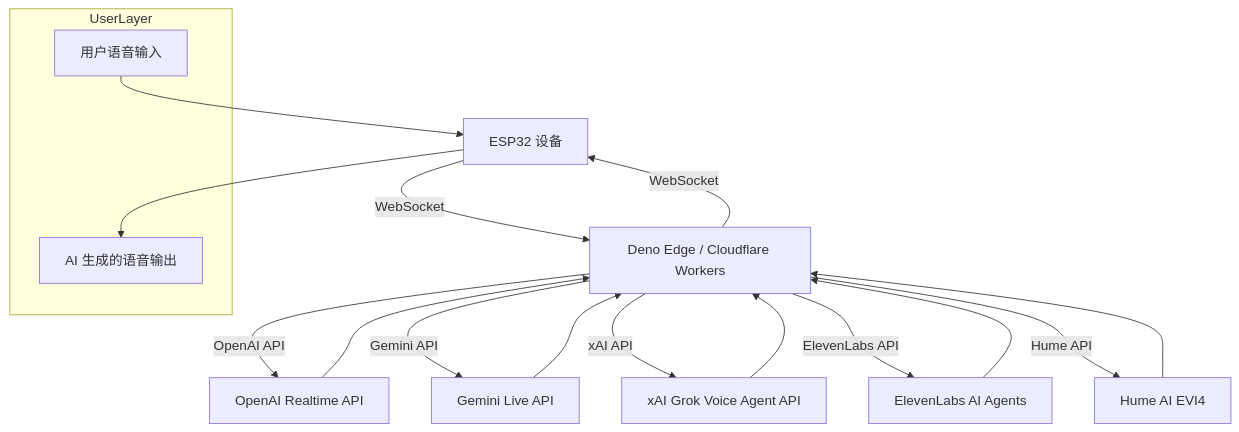
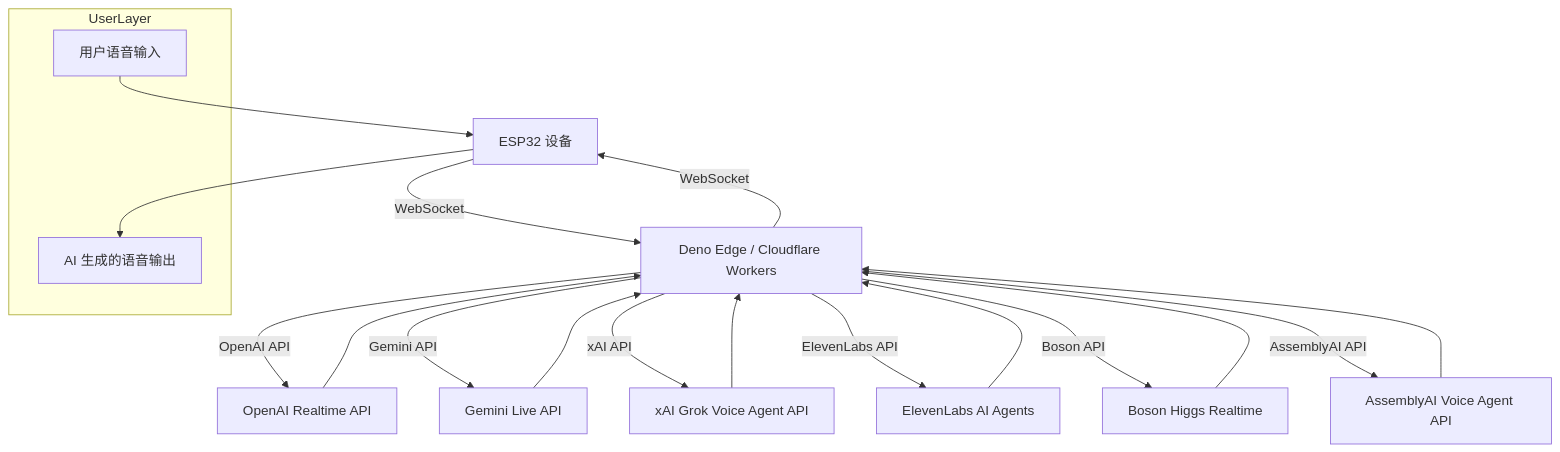
The first of 2 diagrams in README.zh.md (akdeb/ElatoAI), drawn with Mermaid before and after one commit. The commit also changed other lines of this file and 1 other file, not shown here.

Commit message:
docs: add AssemblyAI, remove Hume, simplify contributing section

````diff
--- a/README.zh.md
+++ b/README.zh.md
@@ -122,22 +123,24 @@
 ```mermaid
 flowchart TD
   subgraph UserLayer
     UserInput[用户语音输入]
     UserOutput[AI 生成的语音输出]
   end
   
   UserInput --> ESP32
   ESP32[ESP32 设备] -->|WebSocket| Edge[Deno Edge / Cloudflare Workers]
   Edge -->|OpenAI API| OpenAI[OpenAI Realtime API]
   Edge -->|Gemini API| Gemini[Gemini Live API]
   Edge -->|xAI API| xAI[xAI Grok Voice Agent API]
   Edge -->|ElevenLabs API| ElevenLabs[ElevenLabs AI Agents]
-  Edge -->|Hume API| Hume[Hume AI EVI4]
+  Edge -->|Boson API| Boson[Boson Higgs Realtime]
+  Edge -->|AssemblyAI API| AssemblyAI[AssemblyAI Voice Agent API]
   OpenAI --> Edge
   Gemini --> Edge
   xAI --> Edge
   ElevenLabs --> Edge
-  Hume --> Edge
+  Boson --> Edge
+  AssemblyAI --> Edge
   Edge -->|WebSocket| ESP32
   ESP32 --> UserOutput
 ```
````
